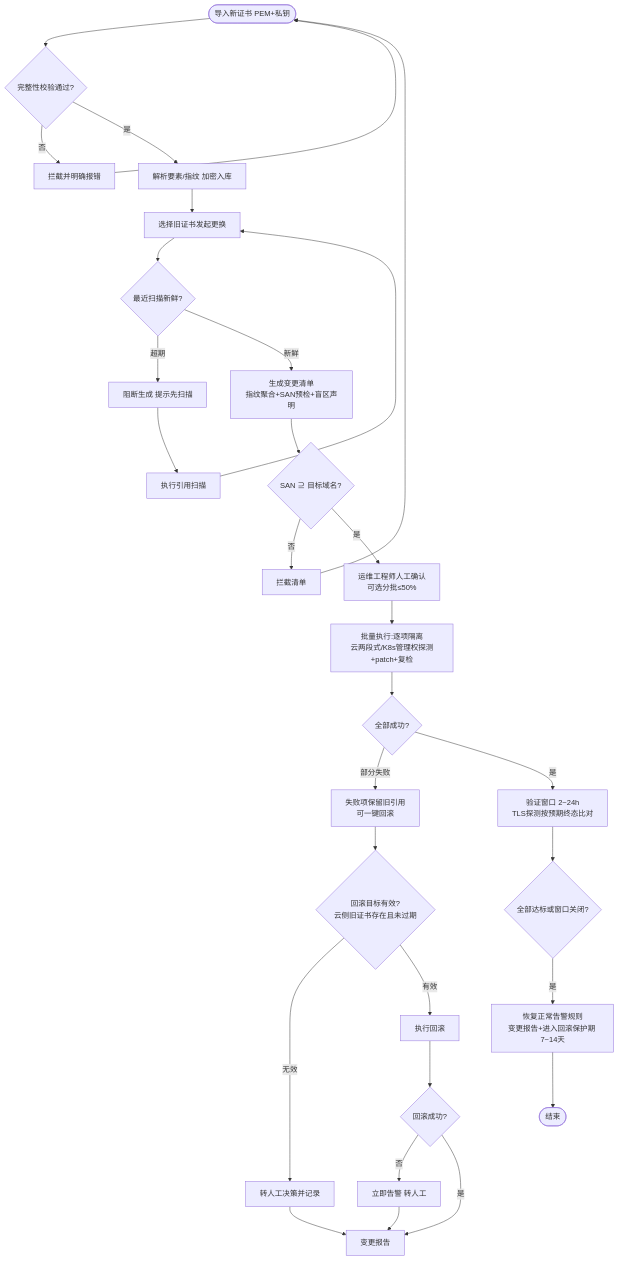
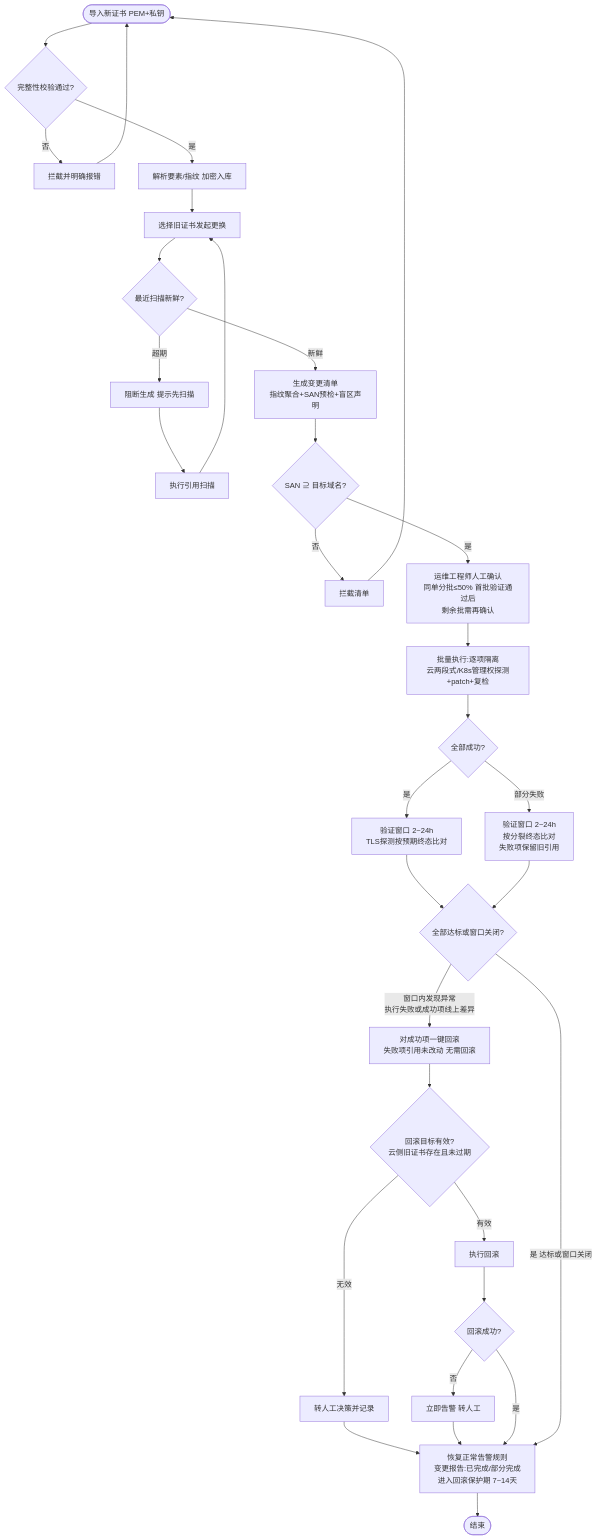
Before and after one commit to Havens-blog/Xirang: the diagram in services/e-cam-service/docs/features/ssl-cert-management/prd/prd-spec.md, drawn with Mermaid. The commit also changed other lines of this file and 8 other files, not shown here.

````diff
--- a/services/e-cam-service/docs/features/ssl-cert-management/prd/prd-spec.md
+++ b/services/e-cam-service/docs/features/ssl-cert-management/prd/prd-spec.md
@@ -97,27 +104,27 @@
 ```mermaid
 flowchart TD
     A([导入新证书 PEM+私钥]) --> B{完整性校验通过?}
     B -->|否| C[拦截并明确报错] --> A
     B -->|是| D[解析要素/指纹 加密入库]
     D --> E[选择旧证书发起更换]
     E --> F{最近扫描新鲜?}
     F -->|超期| G[阻断生成 提示先扫描] --> H[执行引用扫描] --> E
     F -->|新鲜| I[生成变更清单<br/>指纹聚合+SAN预检+盲区声明]
     I --> J{SAN ⊇ 目标域名?}
     J -->|否| K[拦截清单] --> A
-    J -->|是| L[运维工程师人工确认<br/>可选分批≤50%]
+    J -->|是| L[运维工程师人工确认<br/>同单分批≤50% 首批验证通过后<br/>剩余批需再确认]
     L --> M[批量执行:逐项隔离<br/>云两段式/K8s管理权探测+patch+复检]
     M --> N{全部成功?}
-    N -->|部分失败| O[失败项保留旧引用<br/>可一键回滚]
+    N -->|是| V[验证窗口 2~24h<br/>TLS探测按预期终态比对]
+    N -->|部分失败| V2[验证窗口 2~24h<br/>按分裂终态比对<br/>失败项保留旧引用]
+    V --> W{全部达标或窗口关闭?}
+    V2 --> W
+    W -->|窗口内发现异常<br/>执行失败或成功项线上差异| O[对成功项一键回滚<br/>失败项引用未改动 无需回滚]
     O --> P{回滚目标有效?<br/>云侧旧证书存在且未过期}
-    P -->|无效| Q[转人工决策并记录]
+    P -->|无效| Q[转人工决策并记录] --> X
     P -->|有效| R[执行回滚] --> S{回滚成功?}
-    S -->|否| T[立即告警 转人工]
-    S -->|是| U[变更报告]
-    N -->|是| V[验证窗口 2~24h<br/>TLS探测按预期终态比对]
-    T --> U
-    Q --> U
-    V --> W{全部达标或窗口关闭?}
-    W -->|是| X[恢复正常告警规则<br/>变更报告+进入回滚保护期 7~14天]
+    S -->|否| T[立即告警 转人工] --> X
+    S -->|是| X[恢复正常告警规则<br/>变更报告:已完成/部分完成<br/>进入回滚保护期 7~14天]
+    W -->|是 达标或窗口关闭| X
     X --> Y([结束])
 ```
````
